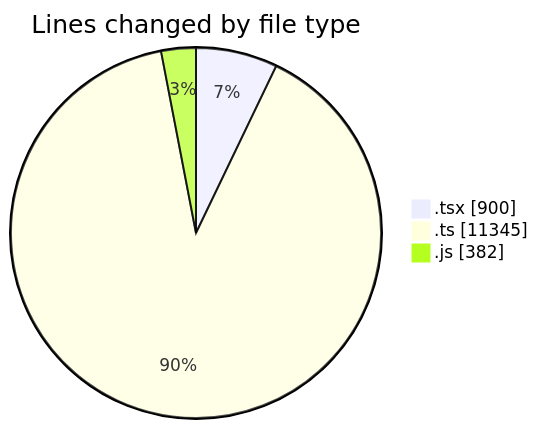
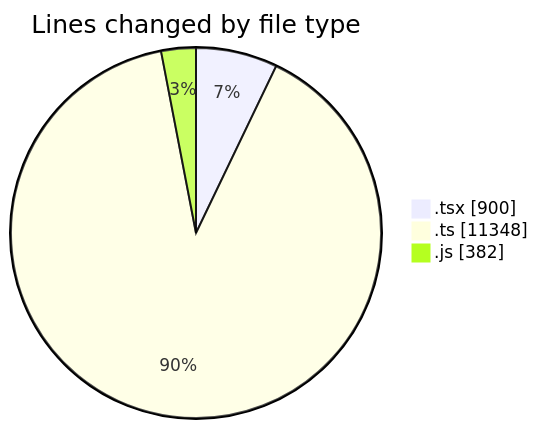
Before and after one commit to momahboobian/code-tracking: the first of 2 diagrams in 2025-11-26/cda/README.md, drawn with Mermaid. The commit also changed other lines of this file and 1 other file, not shown here.

````diff
--- a/2025-11-26/cda/README.md
+++ b/2025-11-26/cda/README.md
@@ -26,7 +26,7 @@
 ```mermaid
 pie showData
 title Lines changed by file type
 ".tsx" : 900
-".ts" : 11345
+".ts" : 11348
 ".js" : 382
 ```
````
